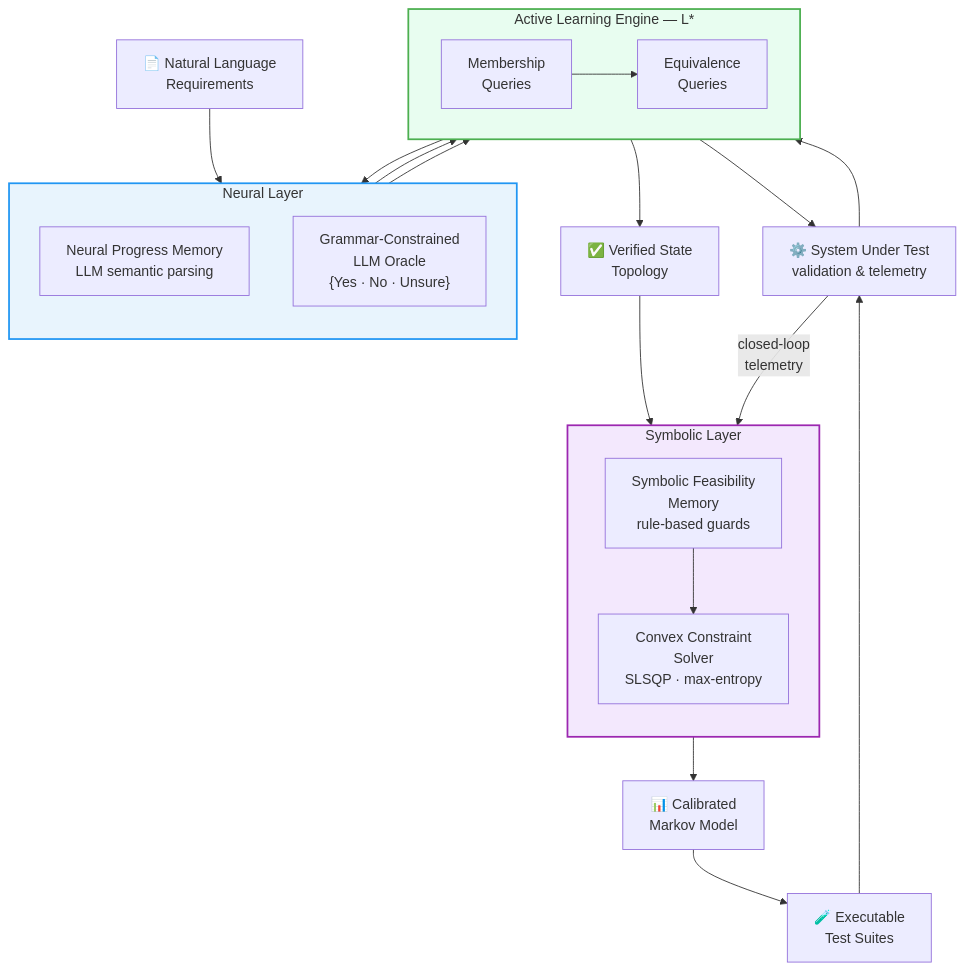
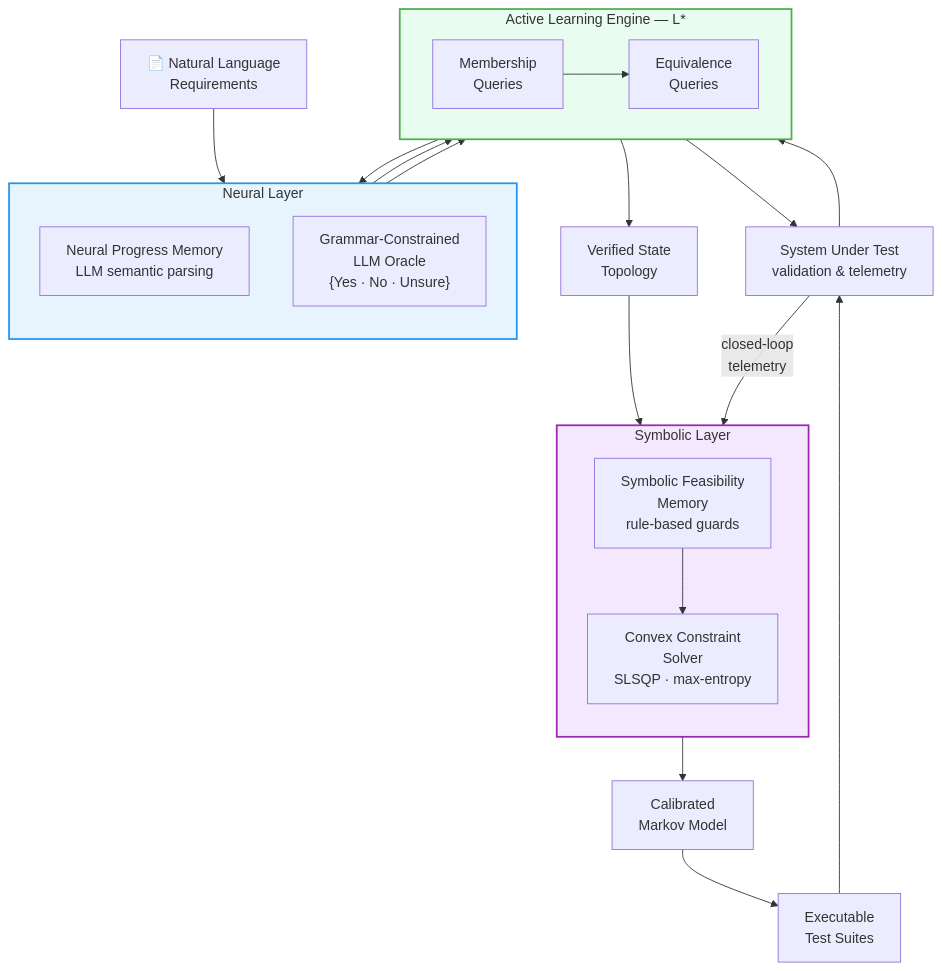
Before and after one commit to nathangtg/nesy-mbst-framework: the diagram in README.md, drawn with Mermaid.

Commit message:
Light fixes

````diff
--- a/README.md
+++ b/README.md
@@ -94,47 +94,47 @@
 ```mermaid
 flowchart TD
     NL["📄 Natural Language\nRequirements"]
 
     subgraph NEURAL["Neural Layer"]
         direction TB
         NPM["Neural Progress Memory\nLLM semantic parsing"]
         ORACLE["Grammar-Constrained\nLLM Oracle\n{Yes · No · Unsure}"]
     end
 
     subgraph SYMBOLIC["Symbolic Layer"]
         direction TB
         SFM["Symbolic Feasibility\nMemory\nrule-based guards"]
         SOLVER["Convex Constraint\nSolver\nSLSQP · max-entropy"]
     end
 
     subgraph LEARNING["Active Learning Engine — L*"]
         direction LR
         MQ["Membership\nQueries"]
         EQ["Equivalence\nQueries"]
     end
 
-    SUT["⚙️ System Under Test\nvalidation & telemetry"]
+    SUT["System Under Test\nvalidation & telemetry"]
 
-    TOPO["✅ Verified State\nTopology"]
-    MARKOV["📊 Calibrated\nMarkov Model"]
-    TESTS["🧪 Executable\nTest Suites"]
+    TOPO["Verified State\nTopology"]
+    MARKOV["Calibrated\nMarkov Model"]
+    TESTS["Executable\nTest Suites"]
 
     NL --> NPM
     NPM --> MQ
     MQ --> ORACLE
     ORACLE --> MQ
     MQ --> EQ
     EQ --> SUT
     SUT --> EQ
     EQ --> TOPO
     TOPO --> SFM
     SFM --> SOLVER
     SOLVER --> MARKOV
     MARKOV --> TESTS
     TESTS --> SUT
     SUT -->|"closed-loop\ntelemetry"| SOLVER
 
     style NEURAL fill:#e8f4fd,stroke:#2196F3,stroke-width:2px
     style SYMBOLIC fill:#f3e8fd,stroke:#9C27B0,stroke-width:2px
     style LEARNING fill:#e8fdf0,stroke:#4CAF50,stroke-width:2px
 ```
````
